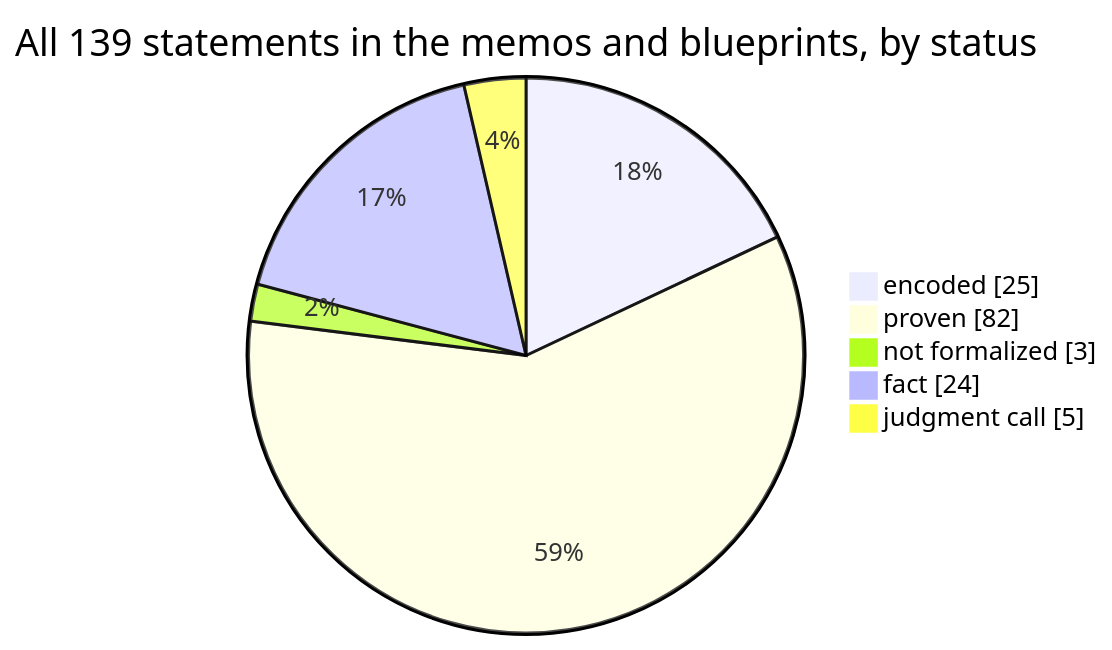
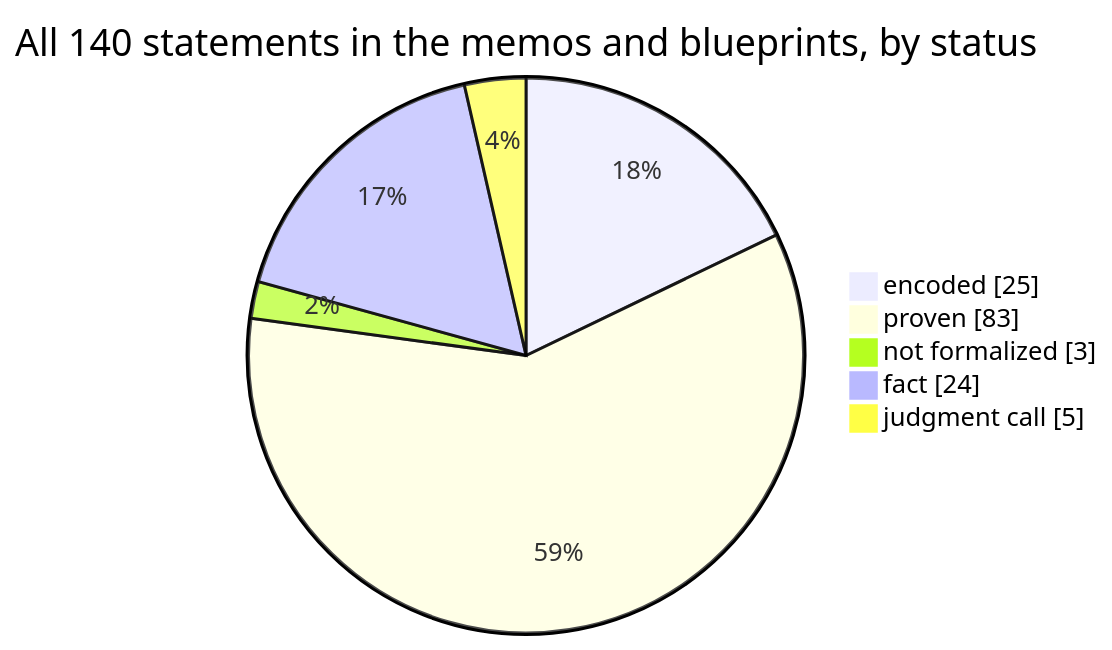
One commit to SeanWMurray/Canteen changed the first of 4 diagrams in docs/graphs/dashboard.md. Above: the diagram before and after it, drawn with Mermaid. The commit also changed other lines of this file and 17 other files, not shown here.

````diff
--- a/docs/graphs/dashboard.md
+++ b/docs/graphs/dashboard.md
@@ -11,8 +11,8 @@
 ```mermaid
-pie showData title All 139 statements in the memos and blueprints, by status
+pie showData title All 140 statements in the memos and blueprints, by status
     "encoded" : 25
-    "proven" : 82
+    "proven" : 83
     "not formalized" : 3
     "fact" : 24
     "judgment call" : 5
 ```
````
